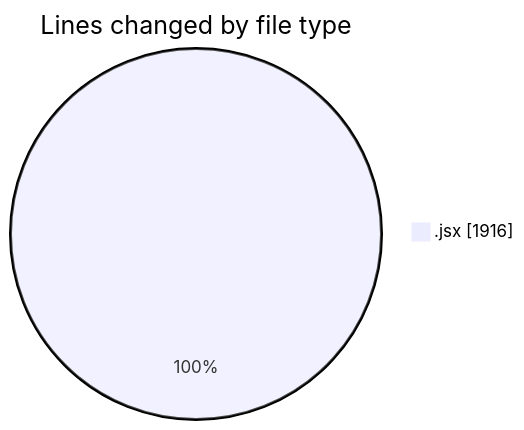
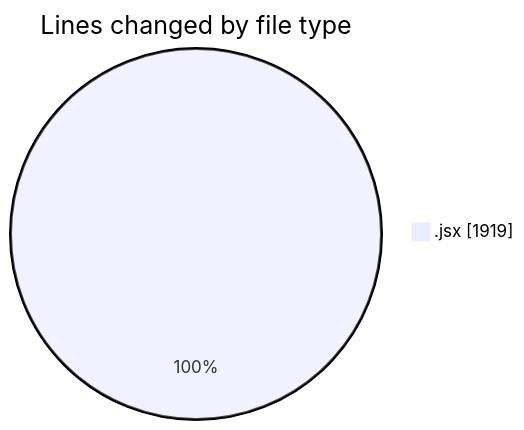
Before and after one commit to nxtqubesakshisongat/code-tracking: the first of 2 diagrams in 2025-12-24/nxtqube_webapp/README.md, drawn with Mermaid. The commit also changed other lines of this file and 1 other file, not shown here.

````diff
--- a/2025-12-24/nxtqube_webapp/README.md
+++ b/2025-12-24/nxtqube_webapp/README.md
@@ -20,5 +20,5 @@
 ```mermaid
 pie showData
 title Lines changed by file type
-".jsx" : 1916
+".jsx" : 1919
 ```
````
